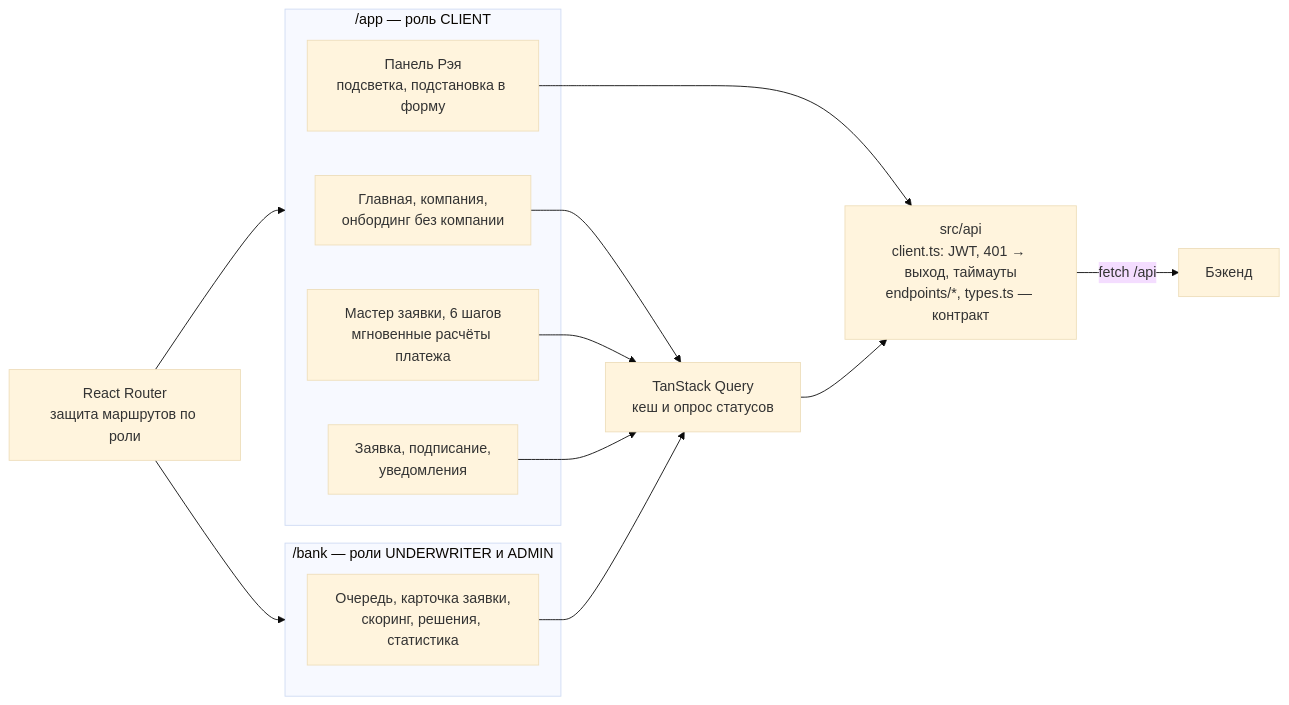
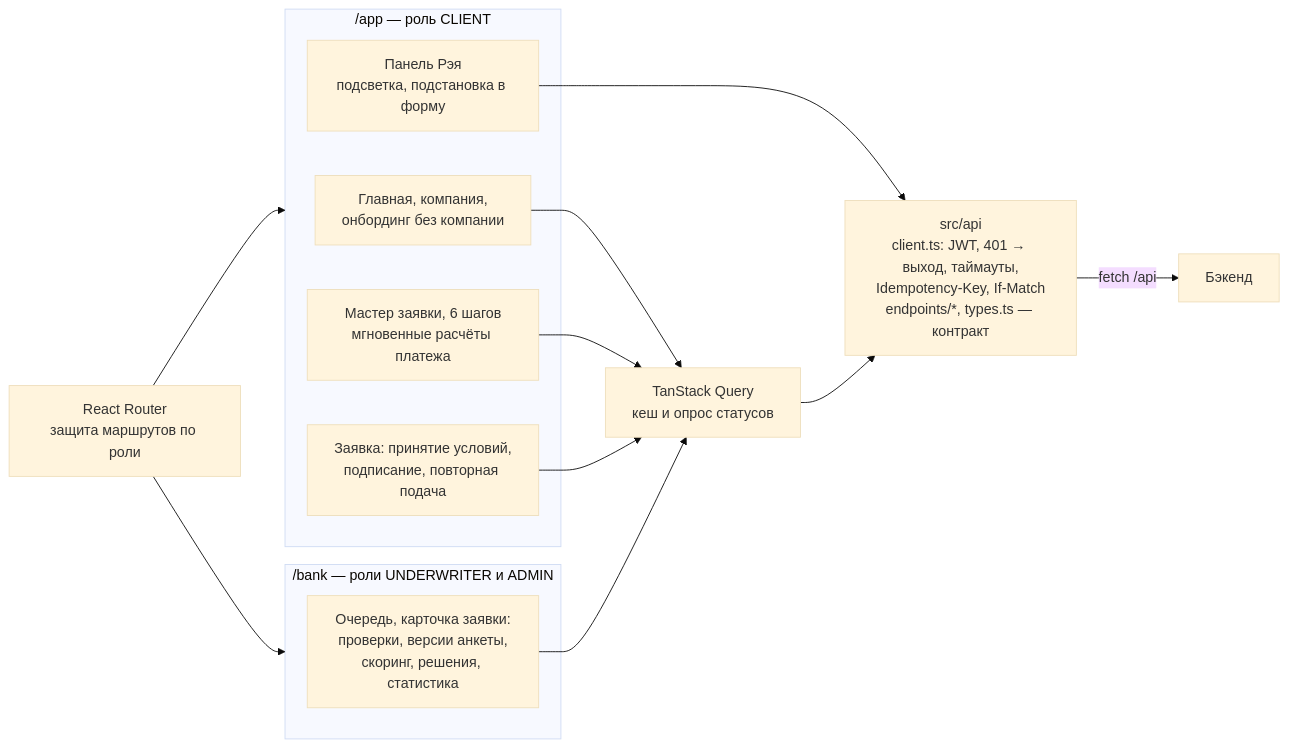
Before and after one commit to hugecatdev/alpharay: the fifth of 8 diagrams in docs/architecture.md, drawn with Mermaid (base theme). The commit also changed other lines of this file and 88 other files, not shown here.

````diff
--- a/docs/architecture.md
+++ b/docs/architecture.md
@@ -143,28 +197,28 @@
 ```mermaid
 flowchart LR
     router["React Router<br/>защита маршрутов по роли"]
 
     subgraph client["/app — роль CLIENT"]
         dash["Главная, компания,<br/>онбординг без компании"]
         wizard["Мастер заявки, 6 шагов<br/>мгновенные расчёты платежа"]
-        details["Заявка, подписание,<br/>уведомления"]
+        details["Заявка: принятие условий,<br/>подписание, повторная подача"]
         ray["Панель Рэя<br/>подсветка, подстановка в форму"]
     end
 
     subgraph bank["/bank — роли UNDERWRITER и ADMIN"]
-        queue["Очередь, карточка заявки,<br/>скоринг, решения, статистика"]
+        queue["Очередь, карточка заявки:<br/>проверки, версии анкеты,<br/>скоринг, решения, статистика"]
     end
 
-    apiLayer["src/api<br/>client.ts: JWT, 401 → выход, таймауты<br/>endpoints/*, types.ts — контракт"]
+    apiLayer["src/api<br/>client.ts: JWT, 401 → выход, таймауты,<br/>Idempotency-Key, If-Match<br/>endpoints/*, types.ts — контракт"]
     query["TanStack Query<br/>кеш и опрос статусов"]
 
     router --> client
     router --> bank
     dash --> query
     wizard --> query
     details --> query
     ray --> apiLayer
     queue --> query
     query --> apiLayer
     apiLayer -->|"fetch /api"| backend["Бэкенд"]
 ```
````
